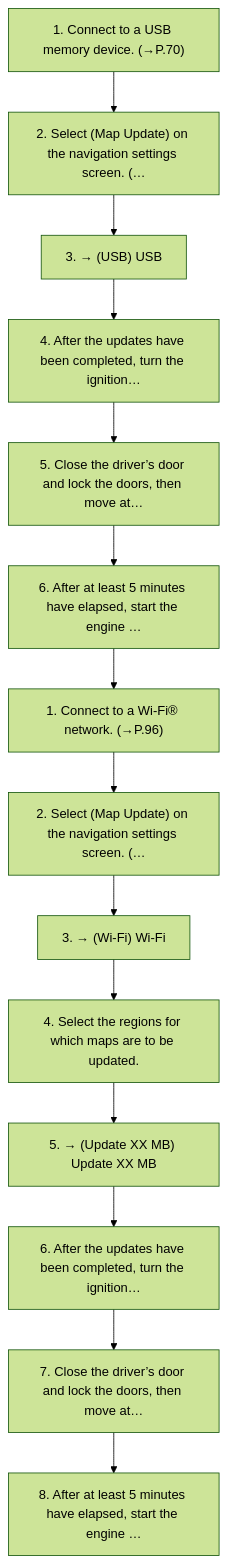
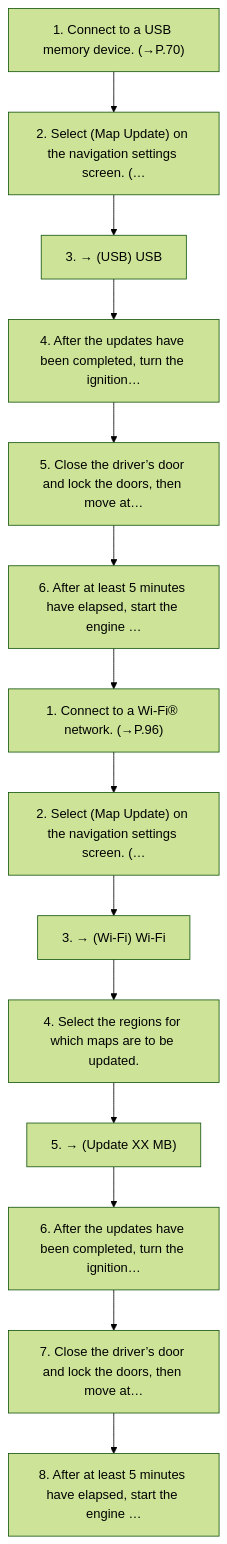
The diagram in workspace/subaru/outback-2025/ivi/published/navigation-system-if-equipped/25-using-a-usb-memory-device.md (Chieko-Y/my-spec-generator), drawn with Mermaid (forest theme) before and after one commit. The commit also changed other lines of this file and 477 other files, not shown here.

````diff
--- a/workspace/subaru/outback-2025/ivi/published/navigation-system-if-equipped/25-using-a-usb-memory-device.md
+++ b/workspace/subaru/outback-2025/ivi/published/navigation-system-if-equipped/25-using-a-usb-memory-device.md
@@ -14,30 +14,30 @@
 ```mermaid
 flowchart TD
     S1["1. Connect to a USB memory device. (→P.70)"]
     S2["2. Select (Map Update) on the navigation settings screen. (…"]
     S3["3. → (USB) USB"]
     S4["4. After the updates have been completed, turn the ignition…"]
     S5["5. Close the driver’s door and lock the doors, then move at…"]
     S6["6. After at least 5 minutes have elapsed, start the engine …"]
     S7["1. Connect to a Wi-Fi® network. (→P.96)"]
     S8["2. Select (Map Update) on the navigation settings screen. (…"]
     S9["3. → (Wi-Fi) Wi-Fi"]
     S10["4. Select the regions for which maps are to be updated."]
-    S11["5. → (Update XX MB) Update XX MB"]
+    S11["5. → (Update XX MB)"]
     S12["6. After the updates have been completed, turn the ignition…"]
     S13["7. Close the driver’s door and lock the doors, then move at…"]
     S14["8. After at least 5 minutes have elapsed, start the engine …"]
     S1 --> S2
     S2 --> S3
     S3 --> S4
     S4 --> S5
     S5 --> S6
     S6 --> S7
     S7 --> S8
     S8 --> S9
     S9 --> S10
     S10 --> S11
     S11 --> S12
     S12 --> S13
     S13 --> S14
 ```
````
